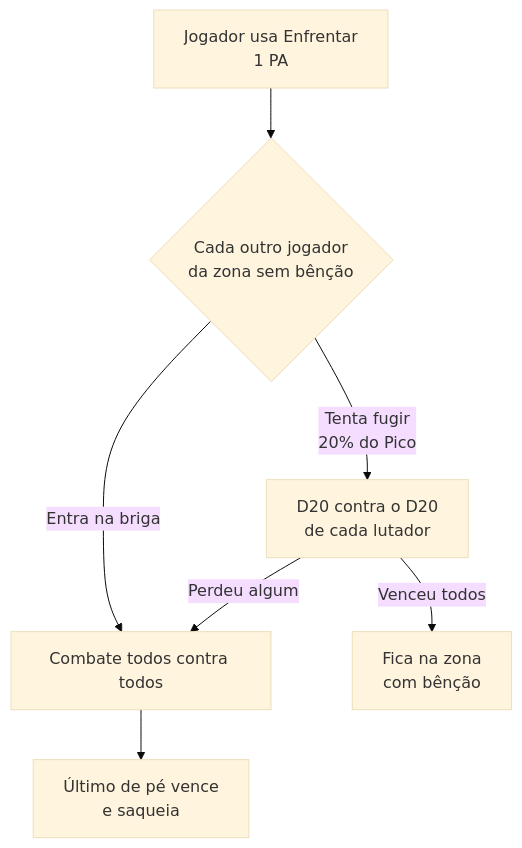
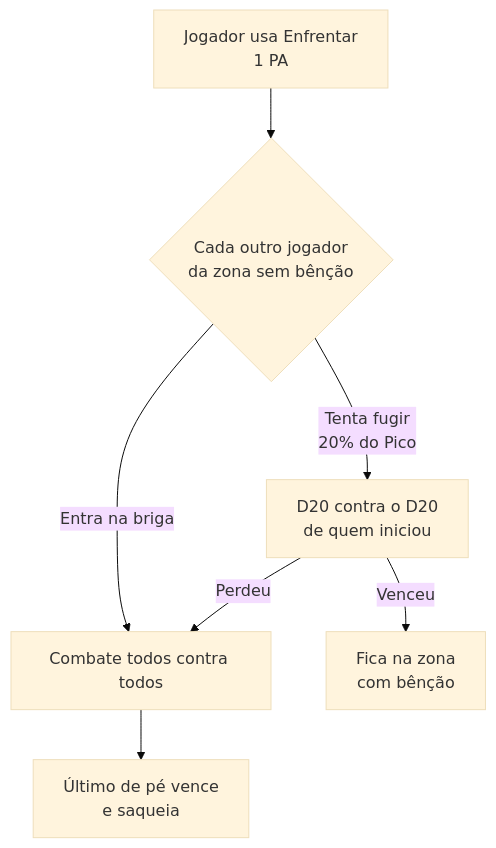
Before and after one commit to frnndog-suav/Misadventure_Frontend_V3: diagram 17 of 17 in docs/README.md, drawn with Mermaid (base theme). The commit also changed other lines of this file, not shown here.

````diff
--- a/docs/README.md
+++ b/docs/README.md
@@ -2308,9 +2356,9 @@
 ```mermaid
 flowchart TB
     E[Jogador usa Enfrentar<br/>1 PA] --> D{Cada outro jogador<br/>da zona sem bênção}
     D -->|Entra na briga| L[Combate todos contra todos]
-    D -->|Tenta fugir<br/>20% do Pico| T[D20 contra o D20<br/>de cada lutador]
-    T -->|Venceu todos| B[Fica na zona<br/>com bênção]
-    T -->|Perdeu algum| L
+    D -->|Tenta fugir<br/>20% do Pico| T[D20 contra o D20<br/>de quem iniciou]
+    T -->|Venceu| B[Fica na zona<br/>com bênção]
+    T -->|Perdeu| L
     L --> V[Último de pé vence<br/>e saqueia]
 ```
````
